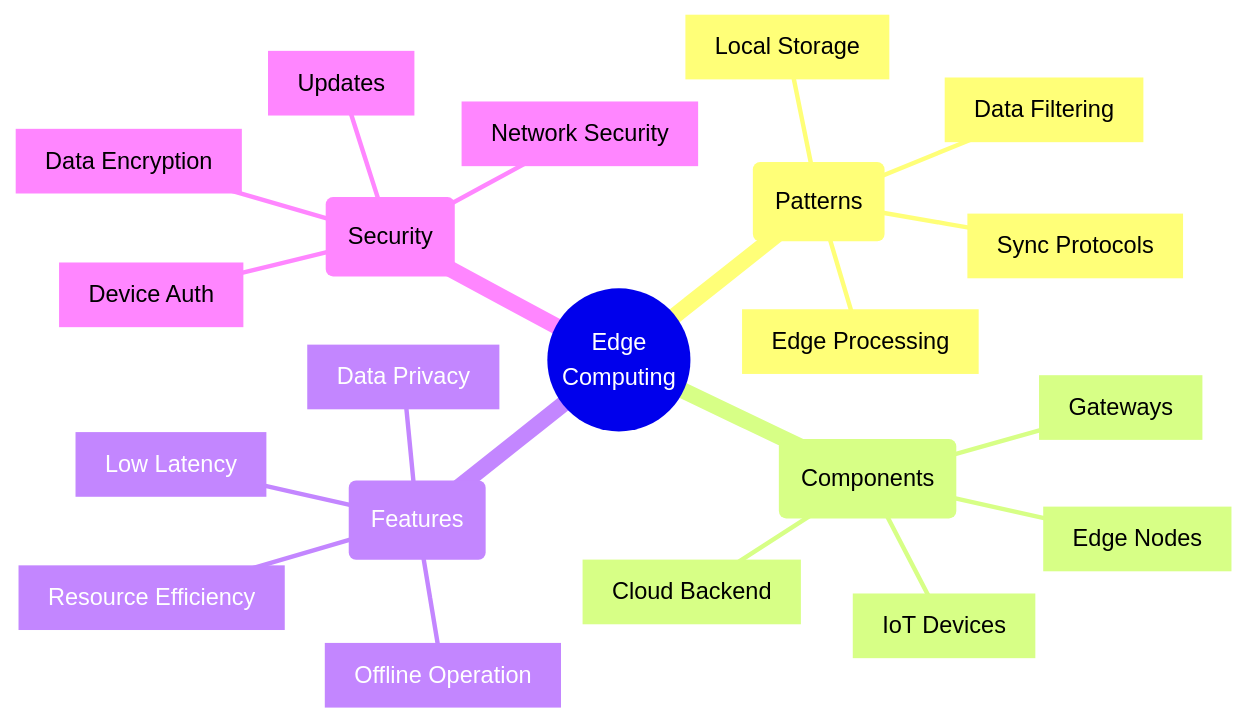
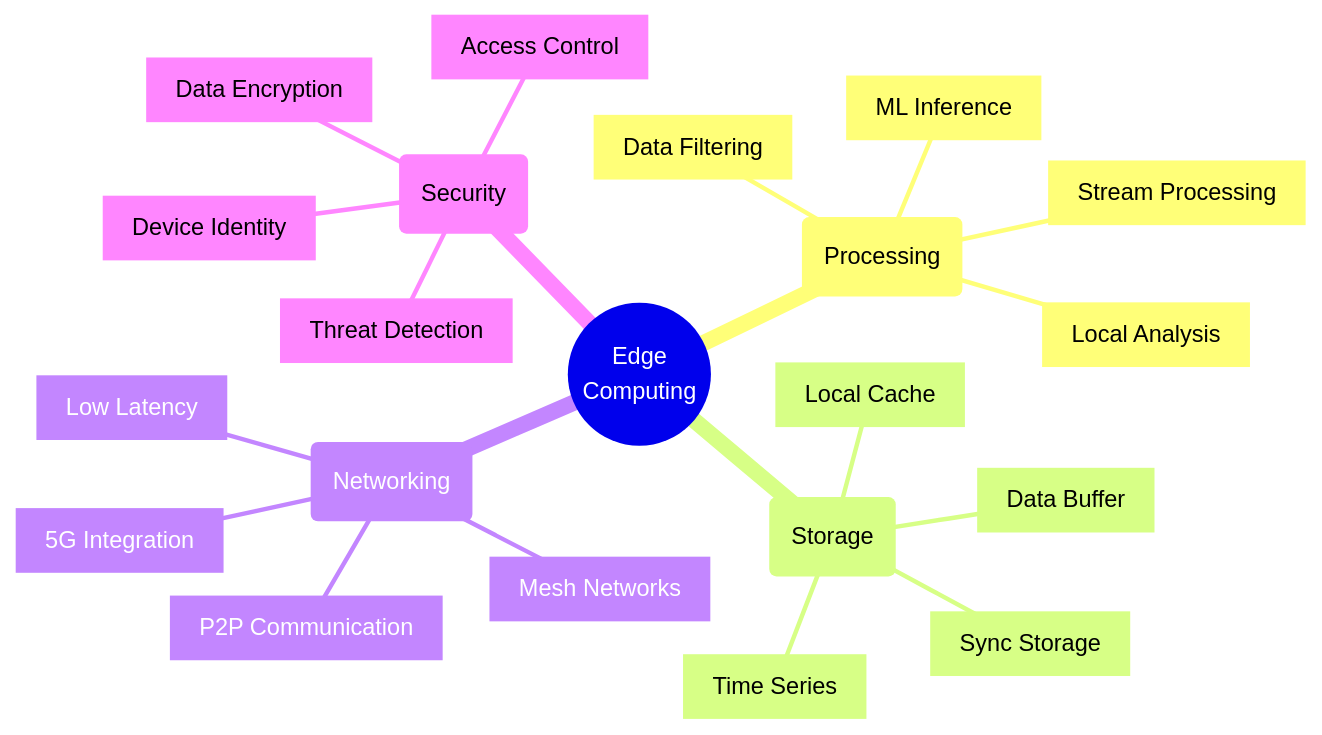
Before and after one commit to saravanakumarrc/Architecture_Journey: the first of 8 diagrams in src/Edge_Computing_Architectures.md, drawn with Mermaid. The commit also changed other lines of this file and 2 other files, not shown here.

````diff
--- a/src/Edge_Computing_Architectures.md
+++ b/src/Edge_Computing_Architectures.md
@@ -3,25 +5,25 @@
 ```mermaid
 mindmap
     root((Edge
         Computing))
-        (Patterns)
-            [Edge Processing]
-            [Local Storage]
+        (Processing)
             [Data Filtering]
-            [Sync Protocols]
-        (Components)
-            [IoT Devices]
-            [Edge Nodes]
-            [Gateways]
-            [Cloud Backend]
-        (Features)
+            [Local Analysis]
+            [ML Inference]
+            [Stream Processing]
+        (Storage)
+            [Local Cache]
+            [Data Buffer]
+            [Sync Storage]
+            [Time Series]
+        (Networking)
+            [P2P Communication]
+            [Mesh Networks]
+            [5G Integration]
             [Low Latency]
-            [Offline Operation]
-            [Data Privacy]
-            [Resource Efficiency]
         (Security)
-            [Device Auth]
+            [Device Identity]
             [Data Encryption]
-            [Network Security]
-            [Updates]
+            [Access Control]
+            [Threat Detection]
 ```
````
